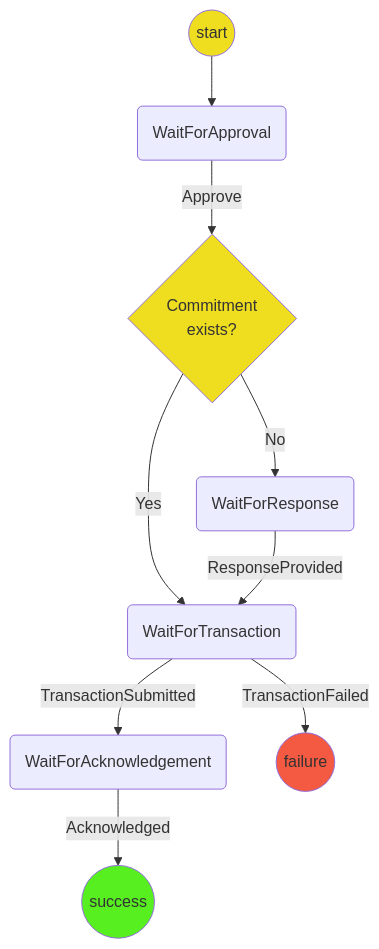
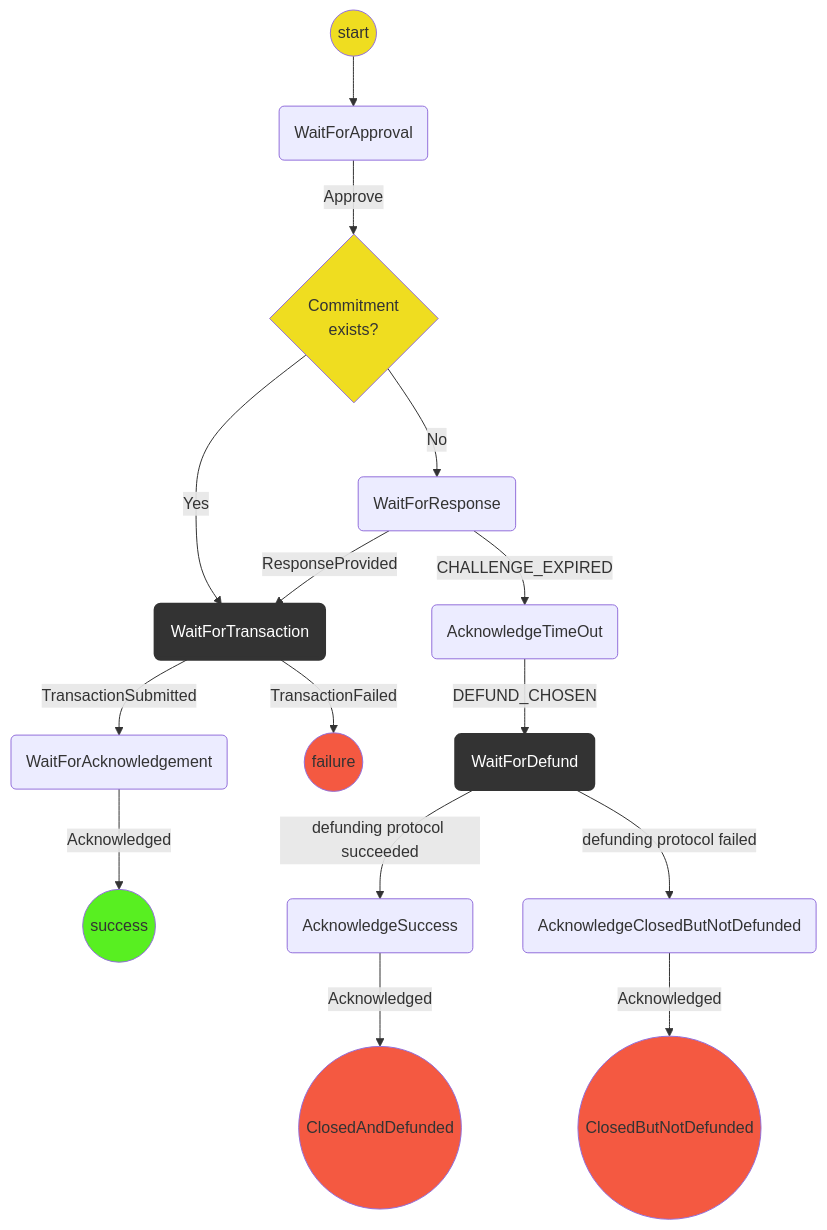
One commit to magmo/apps changed the diagram in packages/wallet/src/redux/protocols/responding/readme.md. Above: the diagram before and after it, drawn with Mermaid. The commit also changed 2 other files, not shown here.

Commit message:
Add defunding to responding readme

````diff
--- a/packages/wallet/src/redux/protocols/responding/readme.md
+++ b/packages/wallet/src/redux/protocols/responding/readme.md
@@ -19,17 +19,26 @@
 ```mermaid
 graph TD
 linkStyle default interpolate basis
   St((start)) --> WFAp(WaitForApproval)
   WFAp--> |Approve| HC{Commitment<br/>exists?}
   HC --> |Yes| WFT(WaitForTransaction)
   HC --> |No| WFR(WaitForResponse)
-  WFR-->|ResponseProvided| WFT(WaitForTransaction)
+  WFR -->|ResponseProvided| WFT(WaitForTransaction)
+  WFR -->|CHALLENGE_EXPIRED| AT(AcknowledgeTimeOut)
+  AT -->|DEFUND_CHOSEN| WFD(WaitForDefund)
+  WFD --> |defunding protocol succeeded| AS(AcknowledgeSuccess)
+  WFD --> |defunding protocol failed| ACBND(AcknowledgeClosedButNotDefunded)
   WFT --> |TransactionSubmitted| WFAc(WaitForAcknowledgement)
   WFAc-->|Acknowledged| S((success))
   WFT --> |TransactionFailed| F((failure))
-
-  style St  fill:#efdd20
-  style HC  fill:#efdd20
-  style S fill:#58ef21
-  style F  fill:#f45941
+  ACBND -->|Acknowledged| FCBND((ClosedButNotDefunded))
+  AS -->|Acknowledged| FCD((ClosedAndDefunded))
+  classDef logic fill:#efdd20;
+  classDef Success fill:#58ef21;
+  classDef Failure fill:#f45941;
+  classDef WaitForChildProtocol stroke:#333,stroke-width:4px,color:#ffff,fill:#333;
+  class St,HC logic;
+  class S Success;
+  class F,FCD,FCBND Failure;
+  class WFT,WFD WaitForChildProtocol;
 ```
````
